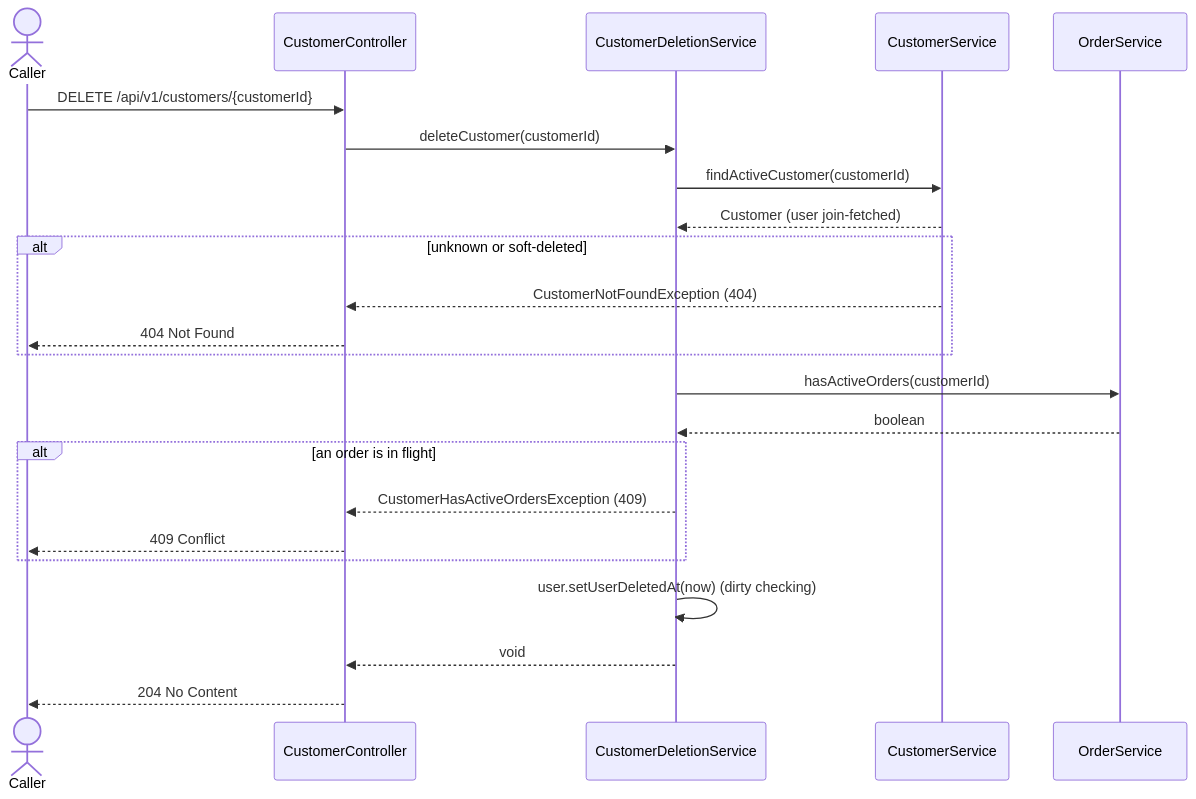
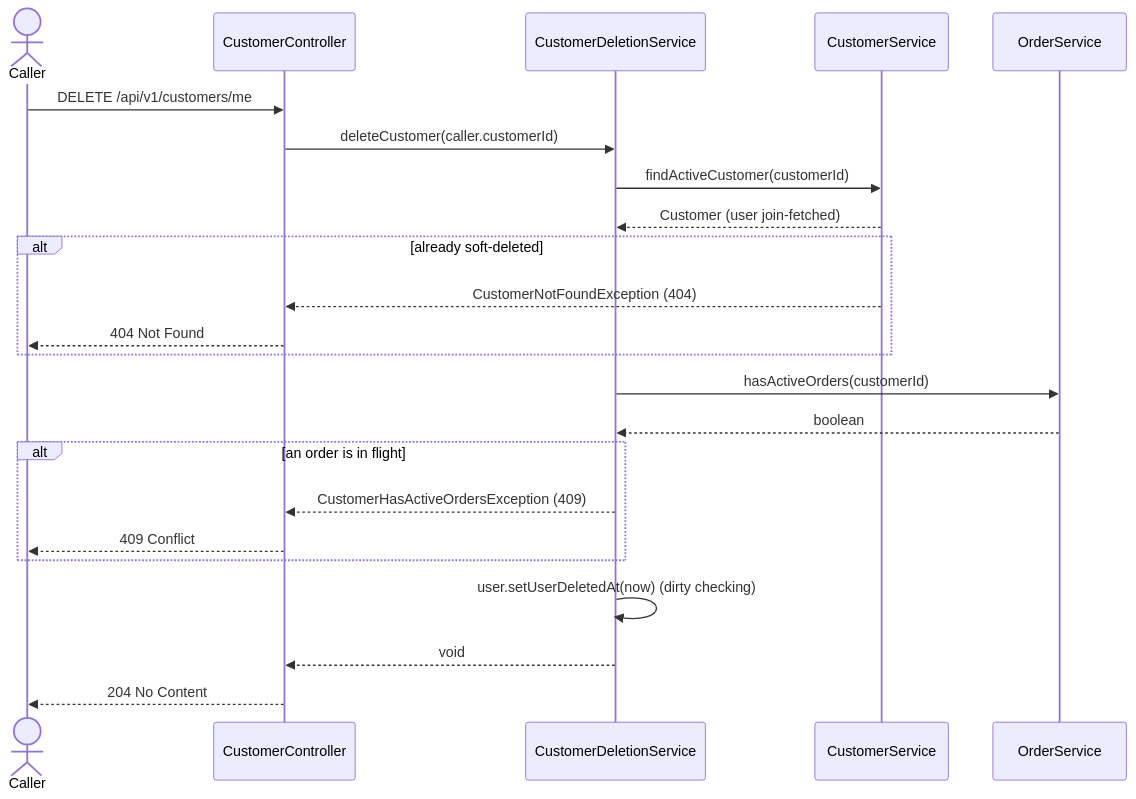
Before and after one commit to msmohammed0077-cmd/mentorship-restaurant: the diagram in restaurant/.docs/use-cases/customer-management/delete-customer/delete-customer.md, drawn with Mermaid. The commit also changed other lines of this file and 25 other files, not shown here.

````diff
--- a/restaurant/.docs/use-cases/customer-management/delete-customer/delete-customer.md
+++ b/restaurant/.docs/use-cases/customer-management/delete-customer/delete-customer.md
@@ -117,26 +121,26 @@
 ```mermaid
 sequenceDiagram
     actor Caller
     participant C as CustomerController
     participant D as CustomerDeletionService
     participant CS as CustomerService
     participant OS as OrderService
 
-    Caller->>C: DELETE /api/v1/customers/{customerId}
-    C->>D: deleteCustomer(customerId)
+    Caller->>C: DELETE /api/v1/customers/me
+    C->>D: deleteCustomer(caller.customerId)
     D->>CS: findActiveCustomer(customerId)
     CS-->>D: Customer (user join-fetched)
-    alt unknown or soft-deleted
+    alt already soft-deleted
         CS-->>C: CustomerNotFoundException (404)
         C-->>Caller: 404 Not Found
     end
     D->>OS: hasActiveOrders(customerId)
     OS-->>D: boolean
     alt an order is in flight
         D-->>C: CustomerHasActiveOrdersException (409)
         C-->>Caller: 409 Conflict
     end
     D->>D: user.setUserDeletedAt(now) (dirty checking)
     D-->>C: void
     C-->>Caller: 204 No Content
 ```
````
